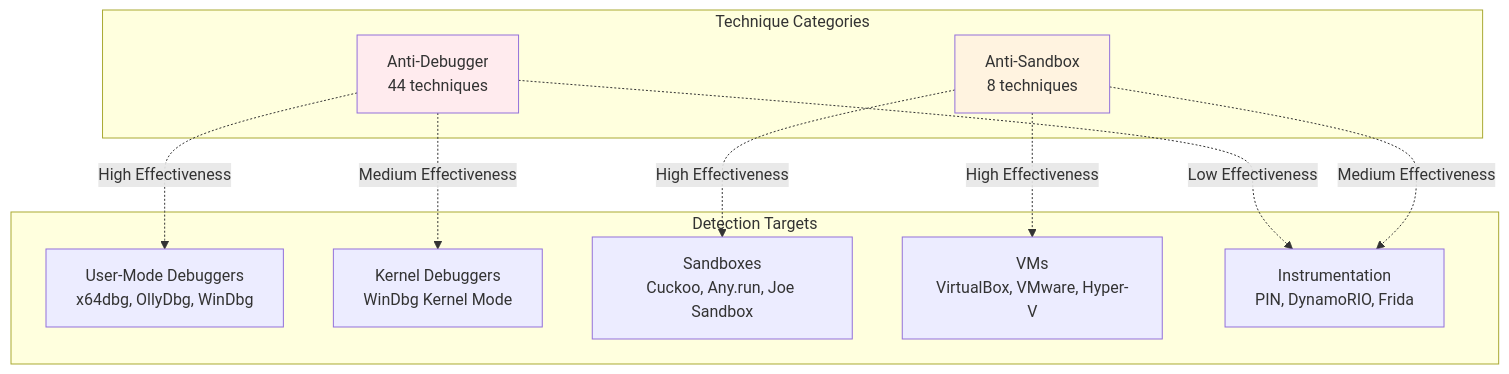
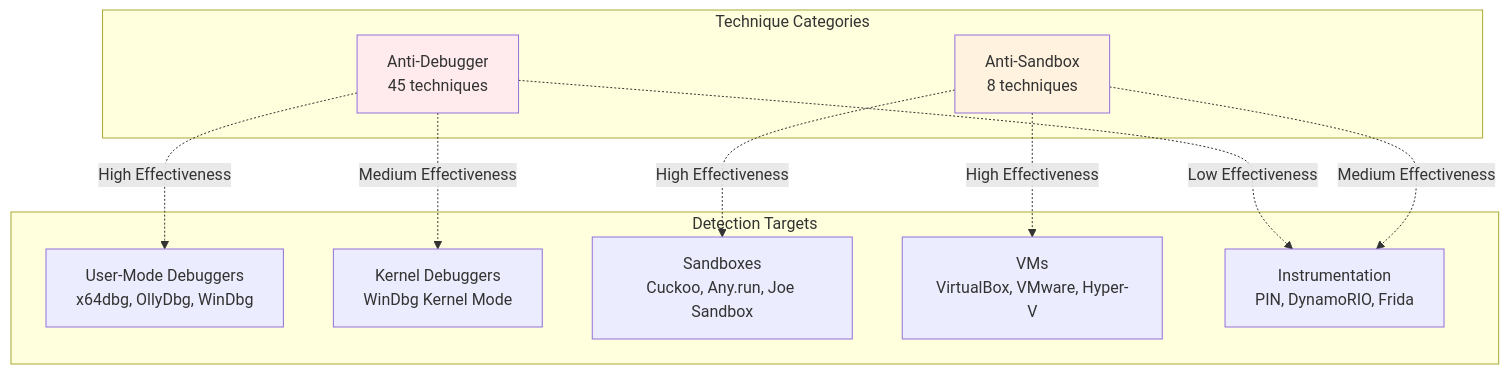
One commit to mabj/anti changed the seventh of 8 diagrams in docs/diagrams/taxonomy.md. Above: the diagram before and after it, drawn with Mermaid. The commit also changed other lines of this file and 7 other files, not shown here.

````diff
--- a/docs/diagrams/taxonomy.md
+++ b/docs/diagrams/taxonomy.md
@@ -217,26 +218,26 @@
 ```mermaid
 graph TB
     subgraph Detection Targets
         T1[User-Mode Debuggers<br/>x64dbg, OllyDbg, WinDbg]
         T2[Kernel Debuggers<br/>WinDbg Kernel Mode]
         T3[Sandboxes<br/>Cuckoo, Any.run, Joe Sandbox]
         T4[VMs<br/>VirtualBox, VMware, Hyper-V]
         T5[Instrumentation<br/>PIN, DynamoRIO, Frida]
     end
 
     subgraph Technique Categories
-        C1[Anti-Debugger<br/>44 techniques]
+        C1[Anti-Debugger<br/>45 techniques]
         C2[Anti-Sandbox<br/>8 techniques]
     end
 
     C1 -.High Effectiveness.-> T1
     C1 -.Medium Effectiveness.-> T2
     C1 -.Low Effectiveness.-> T5
 
     C2 -.High Effectiveness.-> T3
     C2 -.High Effectiveness.-> T4
     C2 -.Medium Effectiveness.-> T5
 
     style C1 fill:#ffebee
     style C2 fill:#fff3e0
 ```
````
